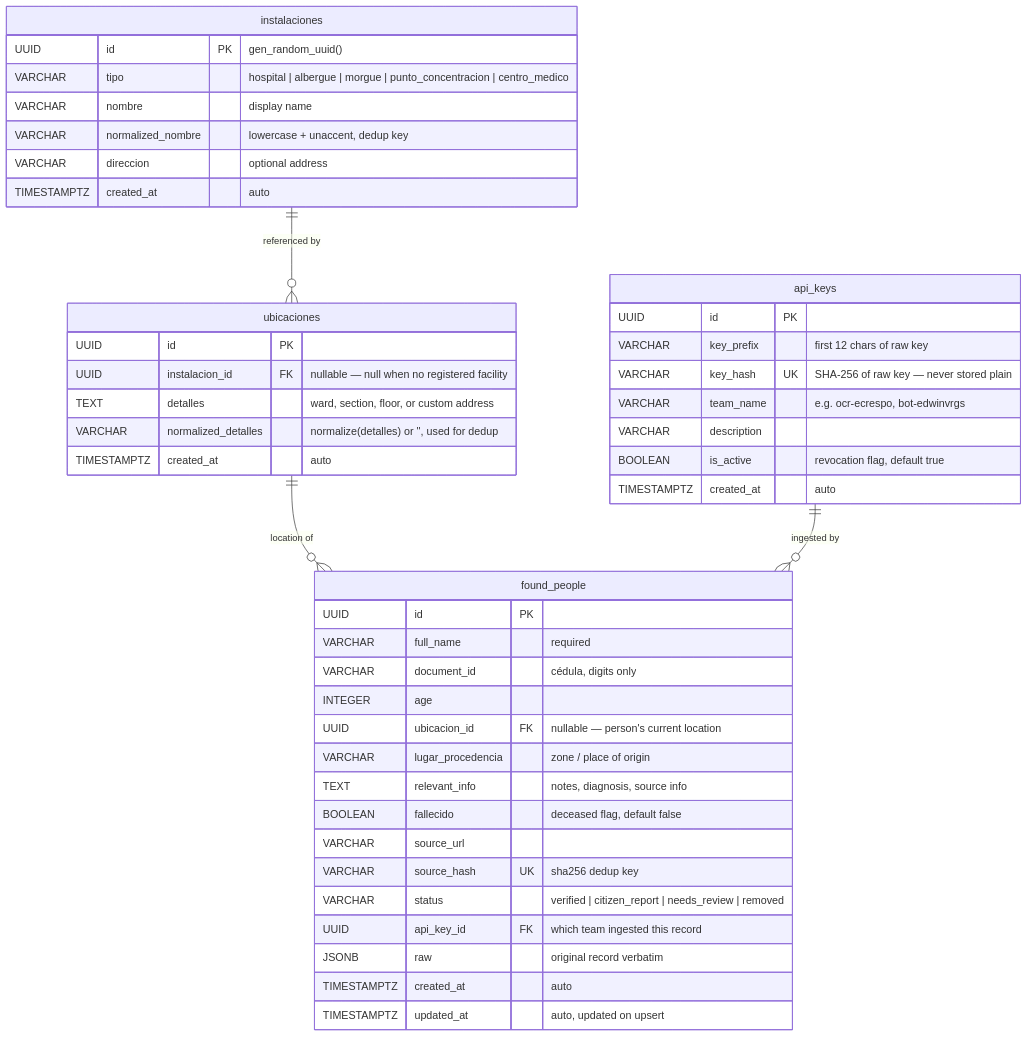
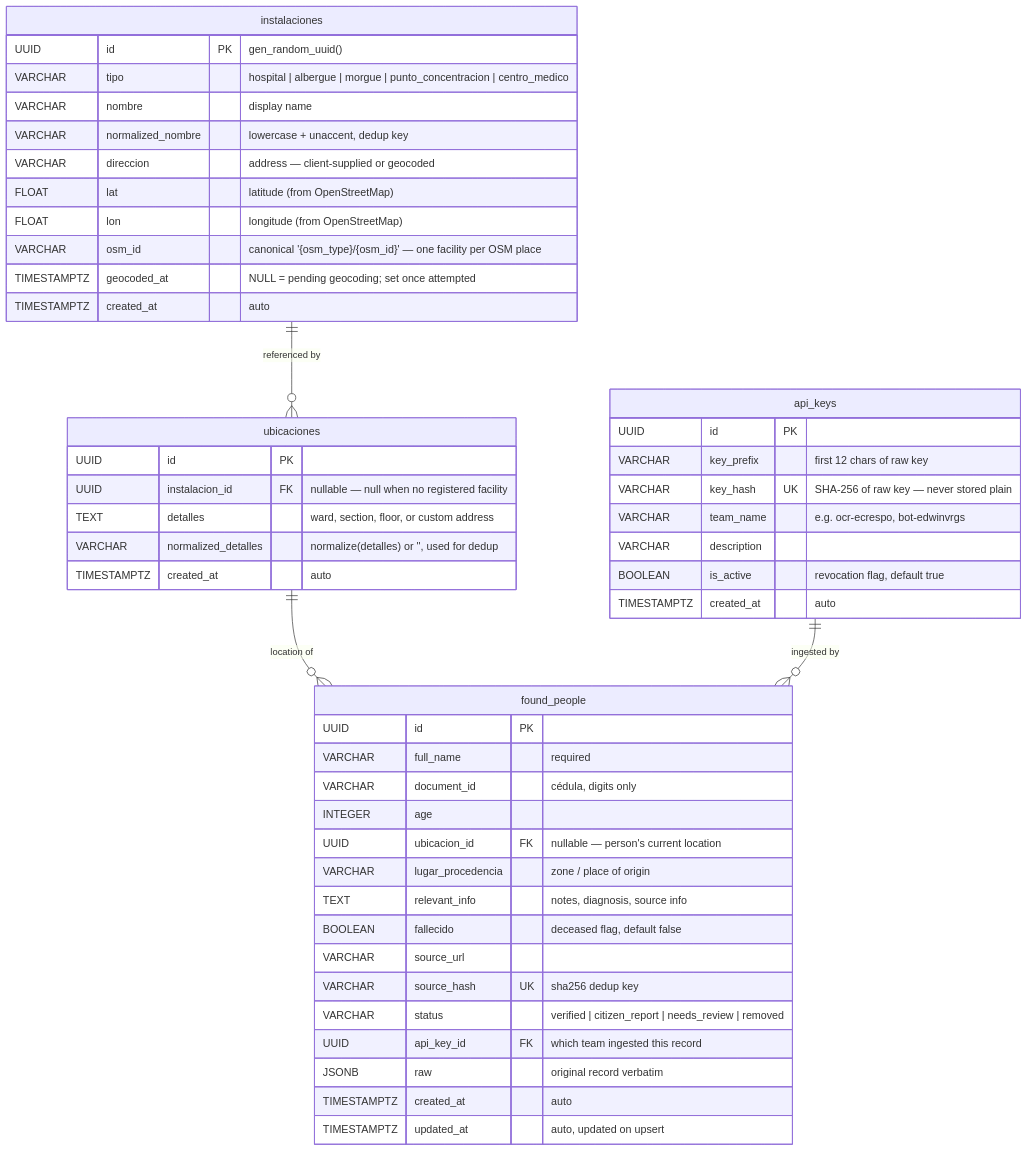
Before and after one commit to venezuela-war-room/api: the diagram in docs/er-diagram.md, drawn with Mermaid. The commit also changed other lines of this file and 24 other files, not shown here.

````diff
--- a/docs/er-diagram.md
+++ b/docs/er-diagram.md
@@ -3,52 +3,56 @@
 ```mermaid
 erDiagram
 
     instalaciones {
         UUID        id                  PK  "gen_random_uuid()"
         VARCHAR     tipo                    "hospital | albergue | morgue | punto_concentracion | centro_medico"
         VARCHAR     nombre                  "display name"
         VARCHAR     normalized_nombre       "lowercase + unaccent, dedup key"
-        VARCHAR     direccion               "optional address"
+        VARCHAR     direccion               "address — client-supplied or geocoded"
+        FLOAT       lat                     "latitude (from OpenStreetMap)"
+        FLOAT       lon                     "longitude (from OpenStreetMap)"
+        VARCHAR     osm_id                  "canonical '{osm_type}/{osm_id}' — one facility per OSM place"
+        TIMESTAMPTZ geocoded_at             "NULL = pending geocoding; set once attempted"
         TIMESTAMPTZ created_at              "auto"
     }
 
     ubicaciones {
         UUID        id                  PK
         UUID        instalacion_id      FK  "nullable — null when no registered facility"
         TEXT        detalles                "ward, section, floor, or custom address"
         VARCHAR     normalized_detalles     "normalize(detalles) or '', used for dedup"
         TIMESTAMPTZ created_at              "auto"
     }
 
     api_keys {
         UUID        id                  PK
         VARCHAR     key_prefix              "first 12 chars of raw key"
         VARCHAR     key_hash            UK  "SHA-256 of raw key — never stored plain"
         VARCHAR     team_name               "e.g. ocr-ecrespo, bot-edwinvrgs"
         VARCHAR     description
         BOOLEAN     is_active               "revocation flag, default true"
         TIMESTAMPTZ created_at              "auto"
     }
 
     found_people {
         UUID        id                  PK
         VARCHAR     full_name               "required"
         VARCHAR     document_id             "cédula, digits only"
         INTEGER     age
         UUID        ubicacion_id        FK  "nullable — person's current location"
         VARCHAR     lugar_procedencia       "zone / place of origin"
         TEXT        relevant_info           "notes, diagnosis, source info"
         BOOLEAN     fallecido               "deceased flag, default false"
         VARCHAR     source_url
         VARCHAR     source_hash         UK  "sha256 dedup key"
         VARCHAR     status                  "verified | citizen_report | needs_review | removed"
         UUID        api_key_id          FK  "which team ingested this record"
         JSONB       raw                     "original record verbatim"
         TIMESTAMPTZ created_at              "auto"
         TIMESTAMPTZ updated_at              "auto, updated on upsert"
     }
 
     instalaciones ||--o{ ubicaciones  : "referenced by"
     ubicaciones   ||--o{ found_people : "location of"
     api_keys      ||--o{ found_people : "ingested by"
 ```
````
